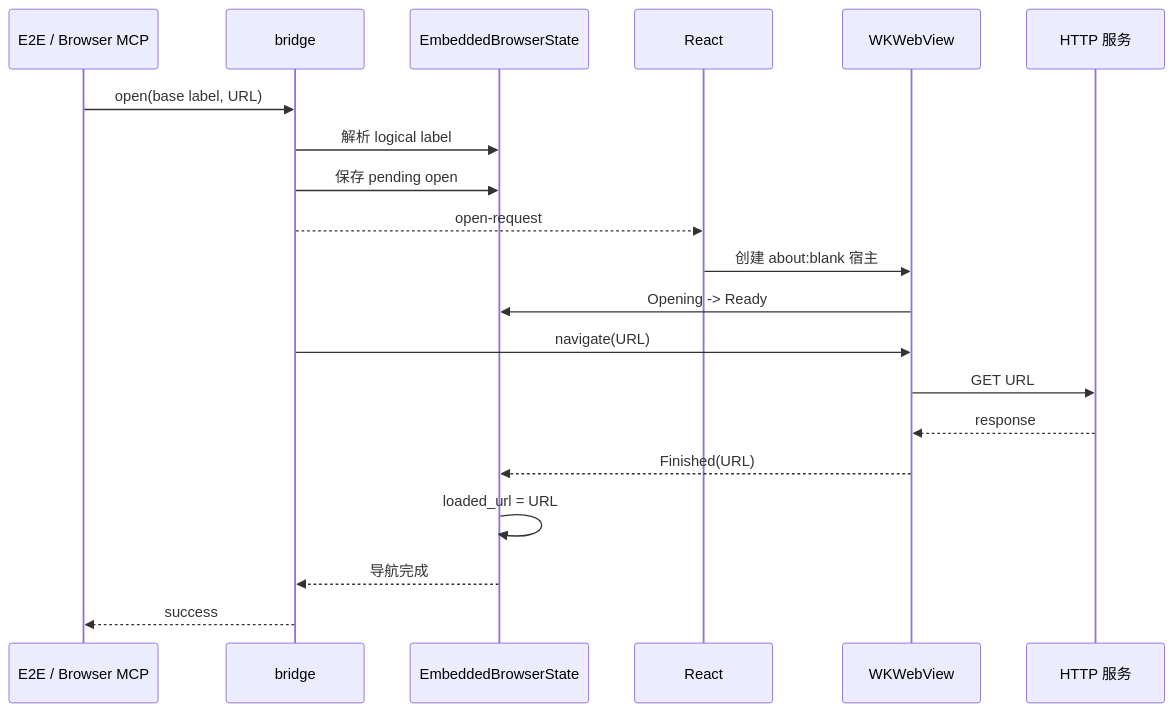
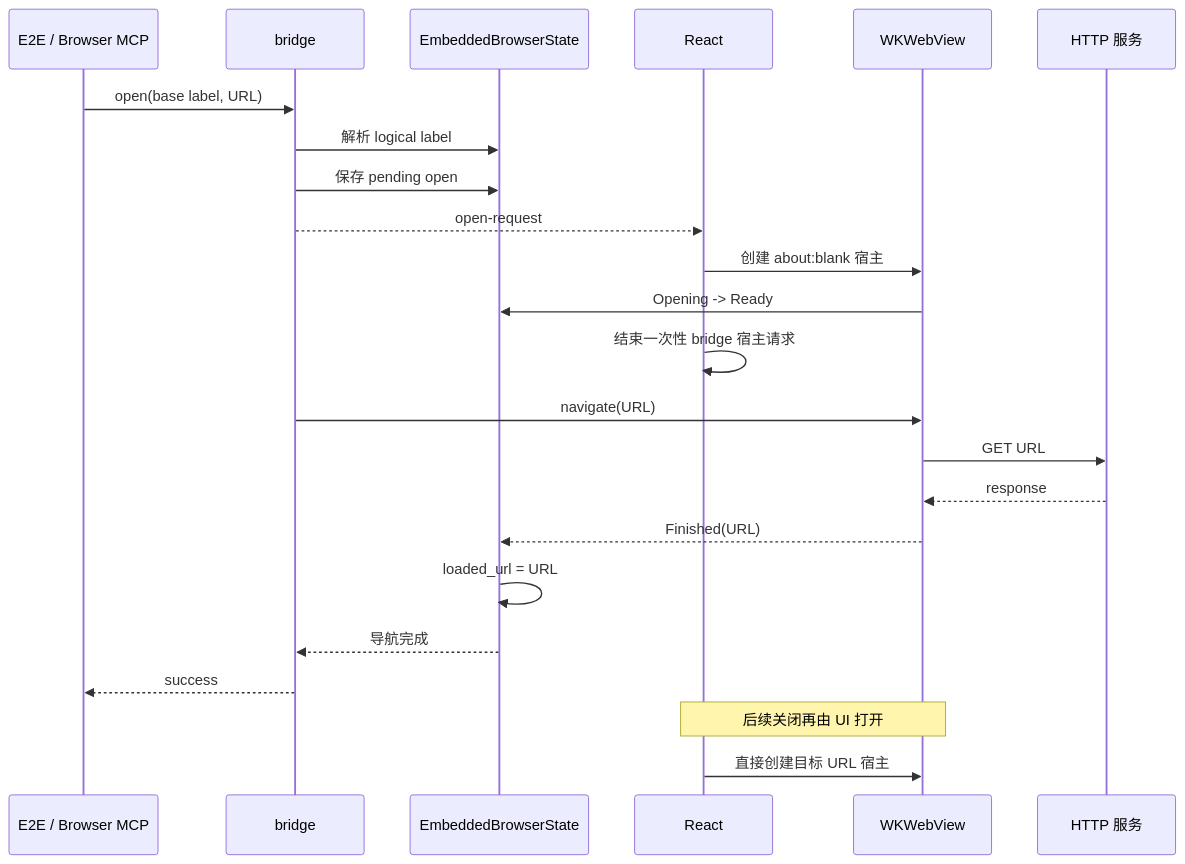
The second of 2 diagrams in docs/zh/architecture/embedded-browser.md (wecode-ai/Wegent), drawn with Mermaid before and after one commit. The commit also changed other lines of this file and 3 other files, not shown here.

````diff
--- a/docs/zh/architecture/embedded-browser.md
+++ b/docs/zh/architecture/embedded-browser.md
@@ -28,23 +28,27 @@
 ```mermaid
 sequenceDiagram
     participant C as E2E / Browser MCP
     participant B as bridge
     participant S as EmbeddedBrowserState
     participant R as React
     participant W as WKWebView
     participant H as HTTP 服务
 
     C->>B: open(base label, URL)
     B->>S: 解析 logical label
     B->>S: 保存 pending open
     B-->>R: open-request
     R->>W: 创建 about:blank 宿主
     W->>S: Opening -> Ready
+    R->>R: 结束一次性 bridge 宿主请求
     B->>W: navigate(URL)
     W->>H: GET URL
     H-->>W: response
     W-->>S: Finished(URL)
     S->>S: loaded_url = URL
     S-->>B: 导航完成
     B-->>C: success
+
+    Note over R,W: 后续关闭再由 UI 打开
+    R->>W: 直接创建目标 URL 宿主
 ```
````
